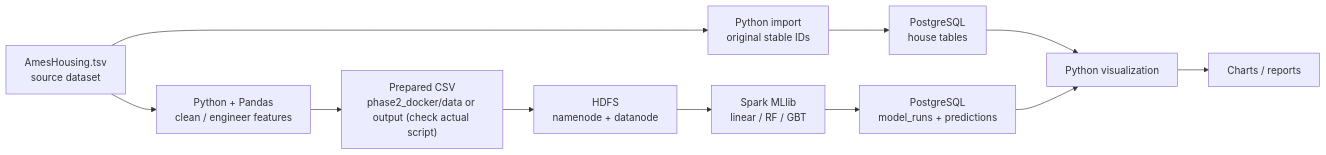
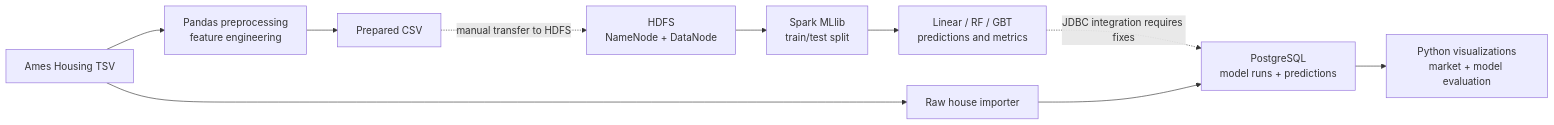
One commit to Edam-laa/real-estate-big-data-analytics-platform changed the diagram in README.md. Above: the diagram before and after it, drawn with Mermaid. The commit also changed other lines of this file, not shown here.

Commit message:
Refine recruiter README with real pipeline, authentic charts and accurate reproducibility limits

````diff
--- a/README.md
+++ b/README.md
@@ -10,13 +11,12 @@
 ```mermaid
 flowchart LR
-    A["AmesHousing.tsv<br/>source dataset"] --> B["Python + Pandas<br/>clean / engineer features"]
-    B --> C["Prepared CSV<br/>phase2_docker/data or output (check actual script)"]
-    C --> D["HDFS<br/>namenode + datanode"]
-    D --> E["Spark MLlib<br/>linear / RF / GBT"]
-    E --> F["PostgreSQL<br/>model_runs + predictions"]
-    A --> G["Python import<br/>original stable IDs"]
-    G --> H["PostgreSQL<br/>house tables"]
-    H --> I["Python visualization"]
-    F --> I
-    I --> J["Charts / reports"]
+    A["Ames Housing TSV"] --> B["Pandas preprocessing<br/>feature engineering"]
+    B --> C["Prepared CSV"]
+    C -. "manual transfer to HDFS" .-> D["HDFS<br/>NameNode + DataNode"]
+    D --> E["Spark MLlib<br/>train/test split"]
+    E --> F["Linear / RF / GBT<br/>predictions and metrics"]
+    F -. "JDBC integration requires fixes" .-> P["PostgreSQL<br/>model runs + predictions"]
+    A --> I["Raw house importer"]
+    I --> P
+    P --> V["Python visualizations<br/>market + model evaluation"]
 ```
````
